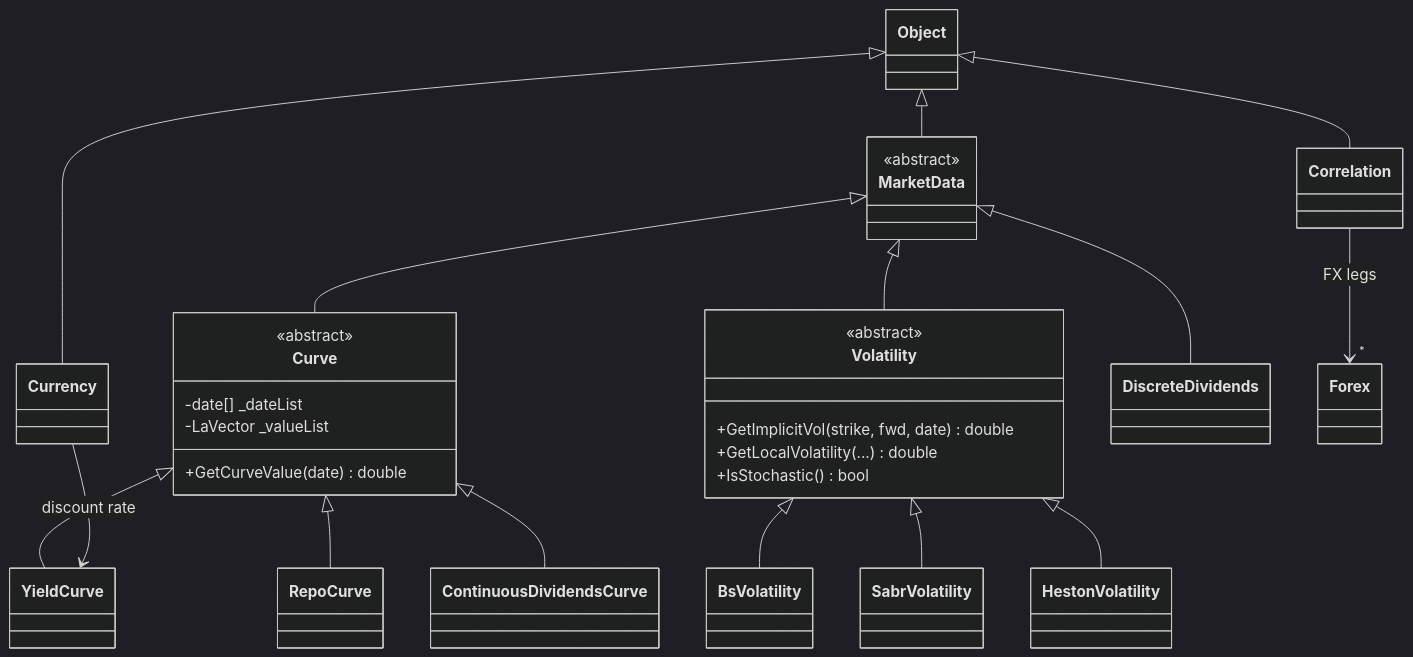
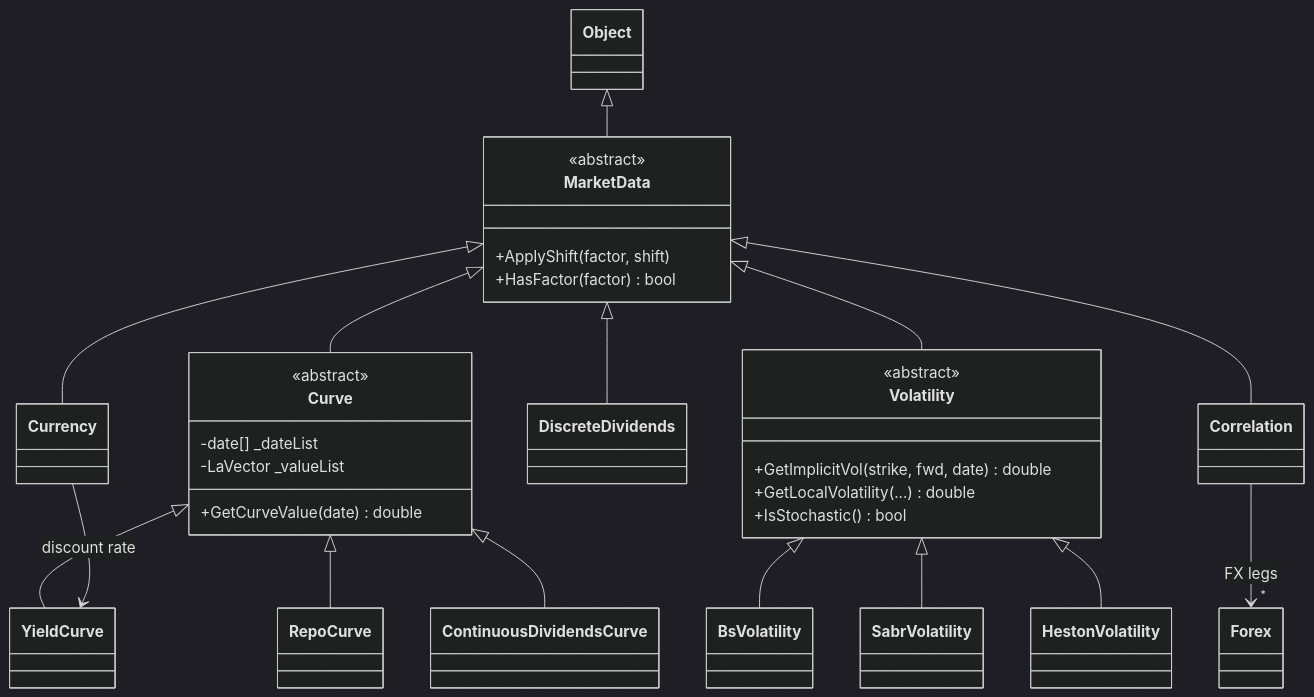
The second of 6 diagrams in docs/architecture.md (GValas/Thoth), drawn with Mermaid (dark theme) before and after one commit. The commit also changed 8 other files, not shown here.

First line of the commit message:
refactor: MarketData carries the bump-and-revalue shift contract

````diff
--- a/docs/architecture.md
+++ b/docs/architecture.md
@@ -84,34 +84,36 @@
 ```mermaid
 classDiagram
     class MarketData {
         <<abstract>>
+        +ApplyShift(factor, shift)
+        +HasFactor(factor) bool
     }
     class Curve {
         <<abstract>>
         -date[] _dateList
         -LaVector _valueList
         +GetCurveValue(date) double
     }
     class Volatility {
         <<abstract>>
         +GetImplicitVol(strike, fwd, date) double
         +GetLocalVolatility(...) double
         +IsStochastic() bool
     }
 
     Object <|-- MarketData
-    Object <|-- Currency
-    Object <|-- Correlation
     MarketData <|-- Curve
     MarketData <|-- Volatility
     MarketData <|-- DiscreteDividends
+    MarketData <|-- Currency
+    MarketData <|-- Correlation
     Curve <|-- YieldCurve
     Curve <|-- RepoCurve
     Curve <|-- ContinuousDividendsCurve
     Volatility <|-- BsVolatility
     Volatility <|-- SabrVolatility
     Volatility <|-- HestonVolatility
 
     Currency --> YieldCurve : discount rate
     Correlation --> "*" Forex : FX legs
 ```
````
